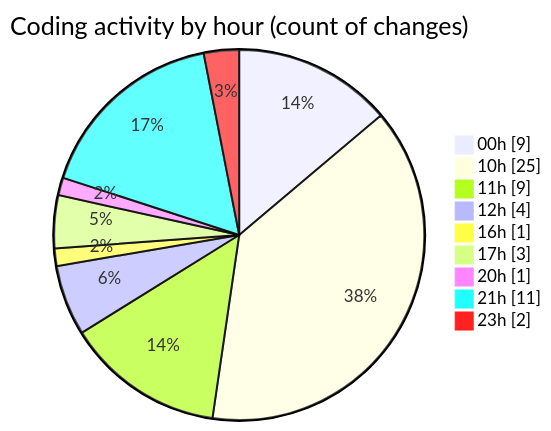
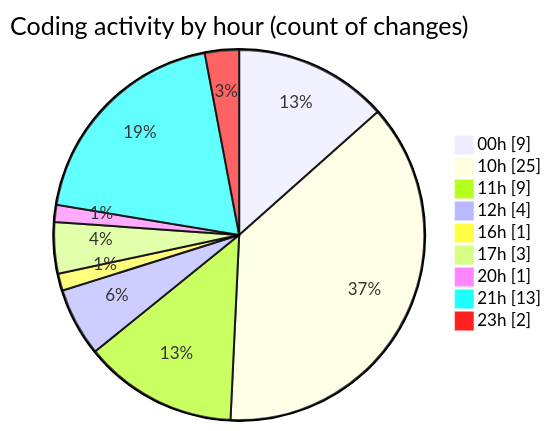
Before and after one commit to julien-gomy/code-tracking: the second of 2 diagrams in 2025-11-15/cdp_aleoudev_fr__workspace_/README.md, drawn with Mermaid. The commit also changed other lines of this file and 1 other file, not shown here.

````diff
--- a/2025-11-15/cdp_aleoudev_fr__workspace_/README.md
+++ b/2025-11-15/cdp_aleoudev_fr__workspace_/README.md
@@ -37,13 +38,13 @@
 ```mermaid
 pie showData
 title Coding activity by hour (count of changes)
 "00h" : 9
 "10h" : 25
 "11h" : 9
 "12h" : 4
 "16h" : 1
 "17h" : 3
 "20h" : 1
-"21h" : 11
+"21h" : 13
 "23h" : 2
 ```
````
